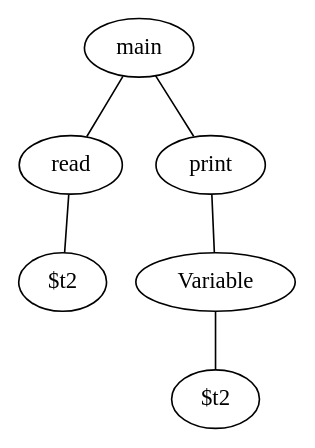
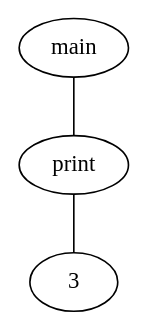
Before and after one commit to LudwinGit/Augus: the diagram in Graph.gv, drawn with Graphviz. The commit also changed 3 other files, not shown here.

```diff
--- a/Graph.gv
+++ b/Graph.gv
@@ -1,13 +1,7 @@
 graph {
-	1 [label="$t2"]
-	2 [label=read]
+	1 [label=3]
+	2 [label=print]
 	2 -- 1
-	3 [label="$t2"]
-	4 [label=Variable]
-	4 -- 3
-	5 [label=print]
-	5 -- 4
-	6 [label=main]
-	6 -- 2
-	6 -- 5
+	3 [label=main]
+	3 -- 2
 }
```
